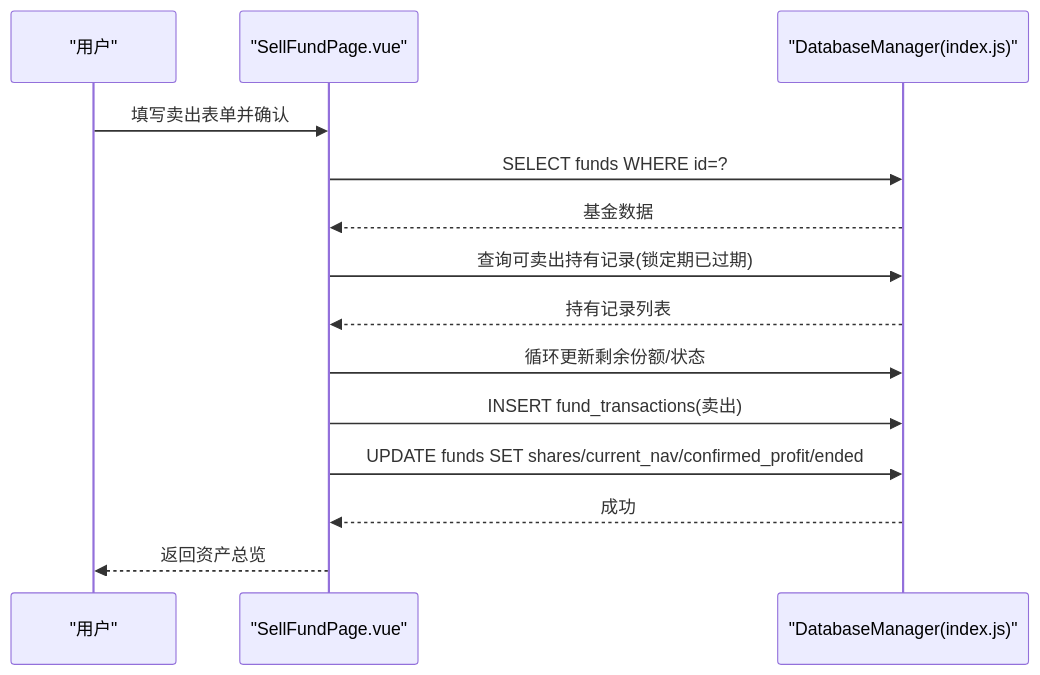
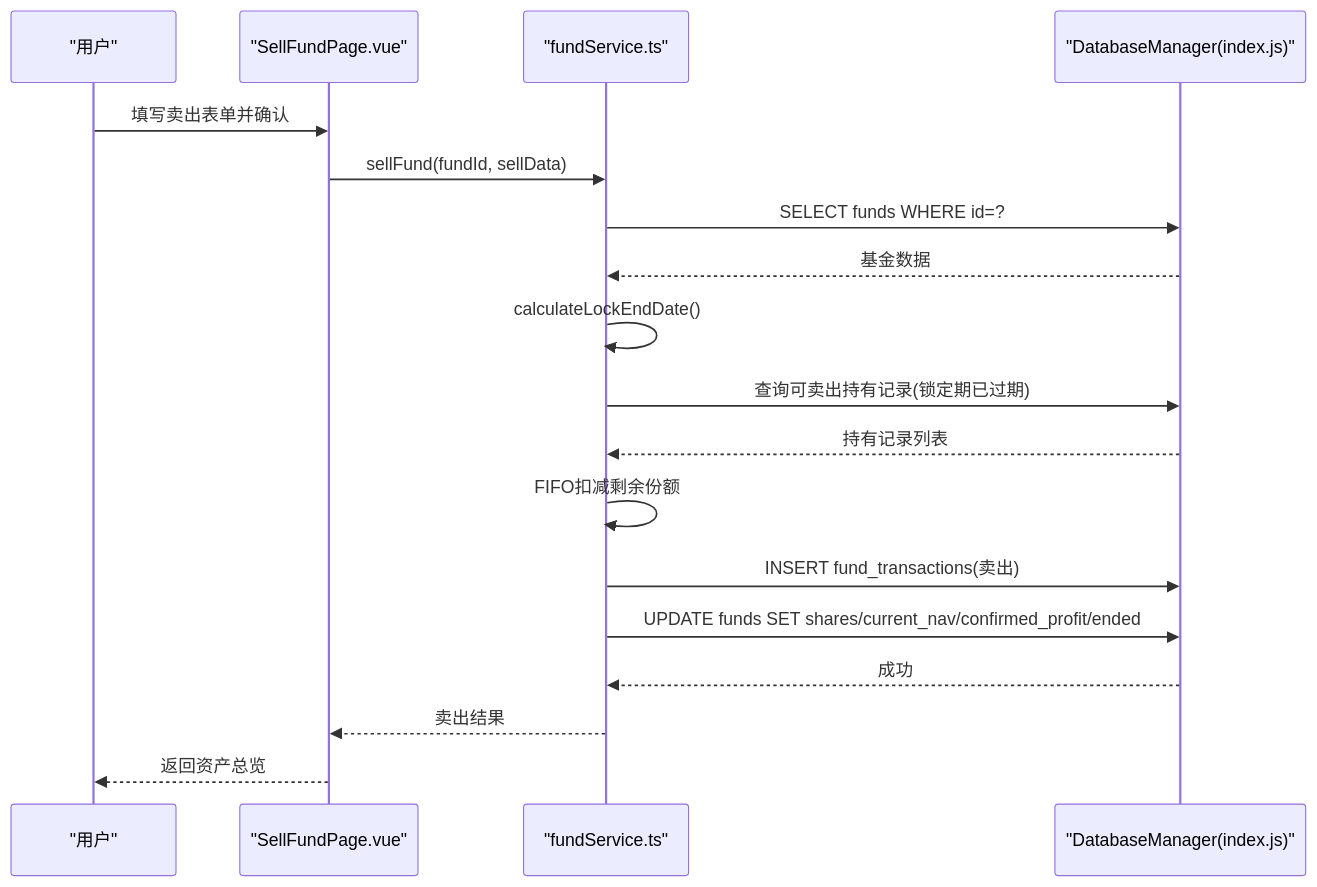
One commit to xiao-lin-unit/yuan changed the eighth of 10 diagrams in .qoder/repowiki/zh/content/资产管理/资产管理.md. Above: the diagram before and after it, drawn with Mermaid. The commit also changed other lines of this file and 21 other files, not shown here.

````diff
--- a/.qoder/repowiki/zh/content/资产管理/资产管理.md
+++ b/.qoder/repowiki/zh/content/资产管理/资产管理.md
@@ -273,16 +333,20 @@
 ```mermaid
 sequenceDiagram
 participant U as "用户"
 participant SFP as "SellFundPage.vue"
+participant FS as "fundService.ts"
 participant DB as "DatabaseManager(index.js)"
 U->>SFP : 填写卖出表单并确认
-SFP->>DB : SELECT funds WHERE id=?
-DB-->>SFP : 基金数据
-SFP->>DB : 查询可卖出持有记录(锁定期已过期)
-DB-->>SFP : 持有记录列表
-SFP->>DB : 循环更新剩余份额/状态
-SFP->>DB : INSERT fund_transactions(卖出)
-SFP->>DB : UPDATE funds SET shares/current_nav/confirmed_profit/ended
-DB-->>SFP : 成功
+SFP->>FS : sellFund(fundId, sellData)
+FS->>DB : SELECT funds WHERE id=?
+DB-->>FS : 基金数据
+FS->>FS : calculateLockEndDate()
+FS->>DB : 查询可卖出持有记录(锁定期已过期)
+DB-->>FS : 持有记录列表
+FS->>FS : FIFO扣减剩余份额
+FS->>DB : INSERT fund_transactions(卖出)
+FS->>DB : UPDATE funds SET shares/current_nav/confirmed_profit/ended
+DB-->>FS : 成功
+FS-->>SFP : 卖出结果
 SFP-->>U : 返回资产总览
 ```
````
